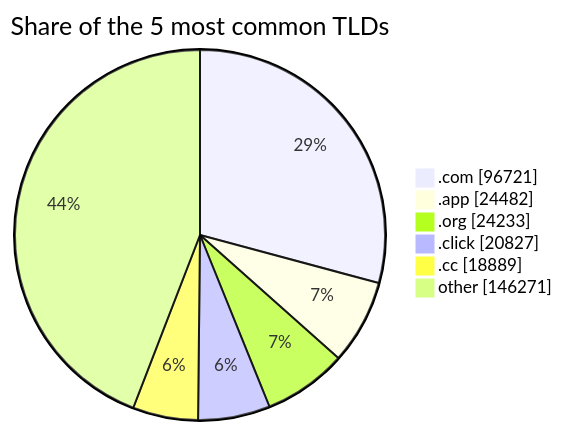
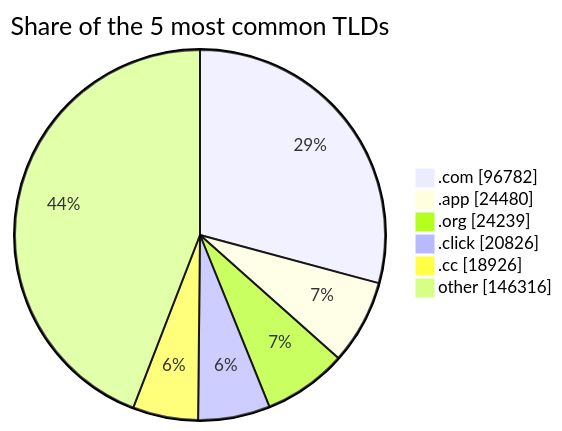
Before and after one commit to DNSBunker/CTI: the third of 3 diagrams in README.md, drawn with Mermaid. The commit also changed other lines of this file and 4 other files, not shown here.

````diff
--- a/README.md
+++ b/README.md
@@ -81,9 +81,9 @@
 ```mermaid
 pie showData title Share of the 5 most common TLDs
-    ".com" : 96721
-    ".app" : 24482
-    ".org" : 24233
-    ".click" : 20827
-    ".cc" : 18889
-    "other" : 146271
+    ".com" : 96782
+    ".app" : 24480
+    ".org" : 24239
+    ".click" : 20826
+    ".cc" : 18926
+    "other" : 146316
 ```
````
